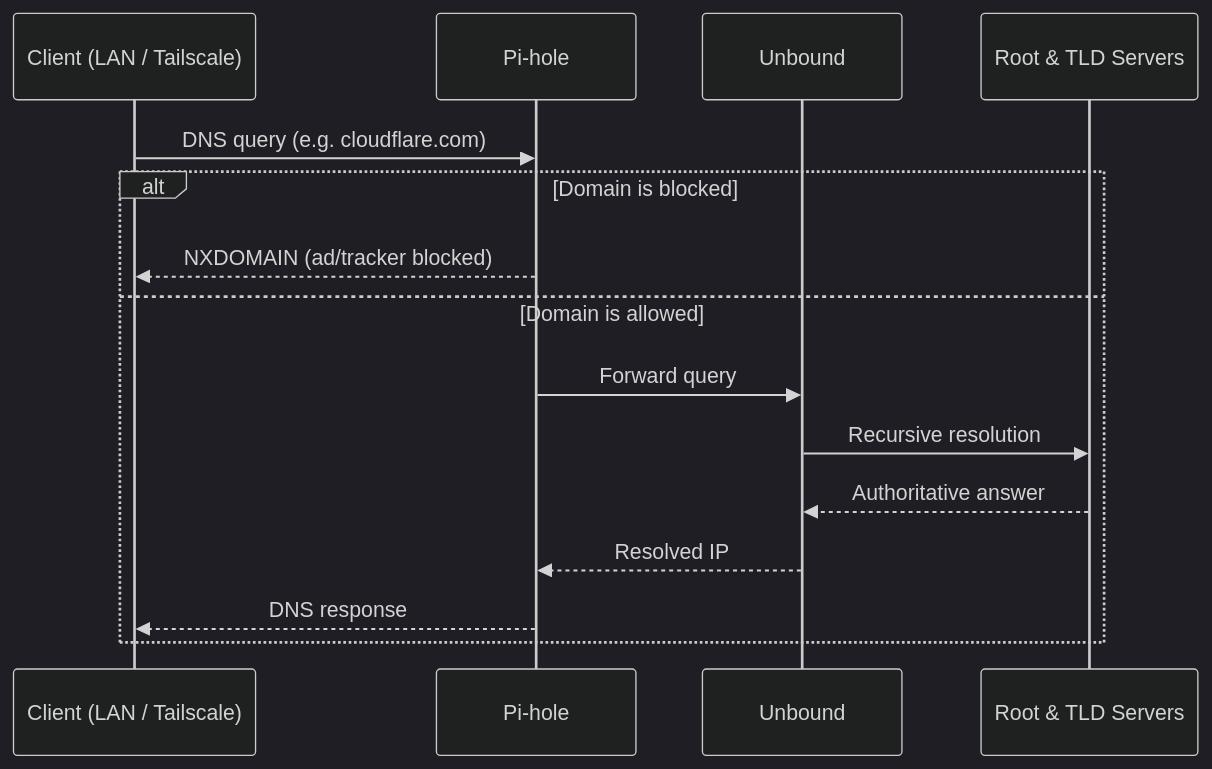
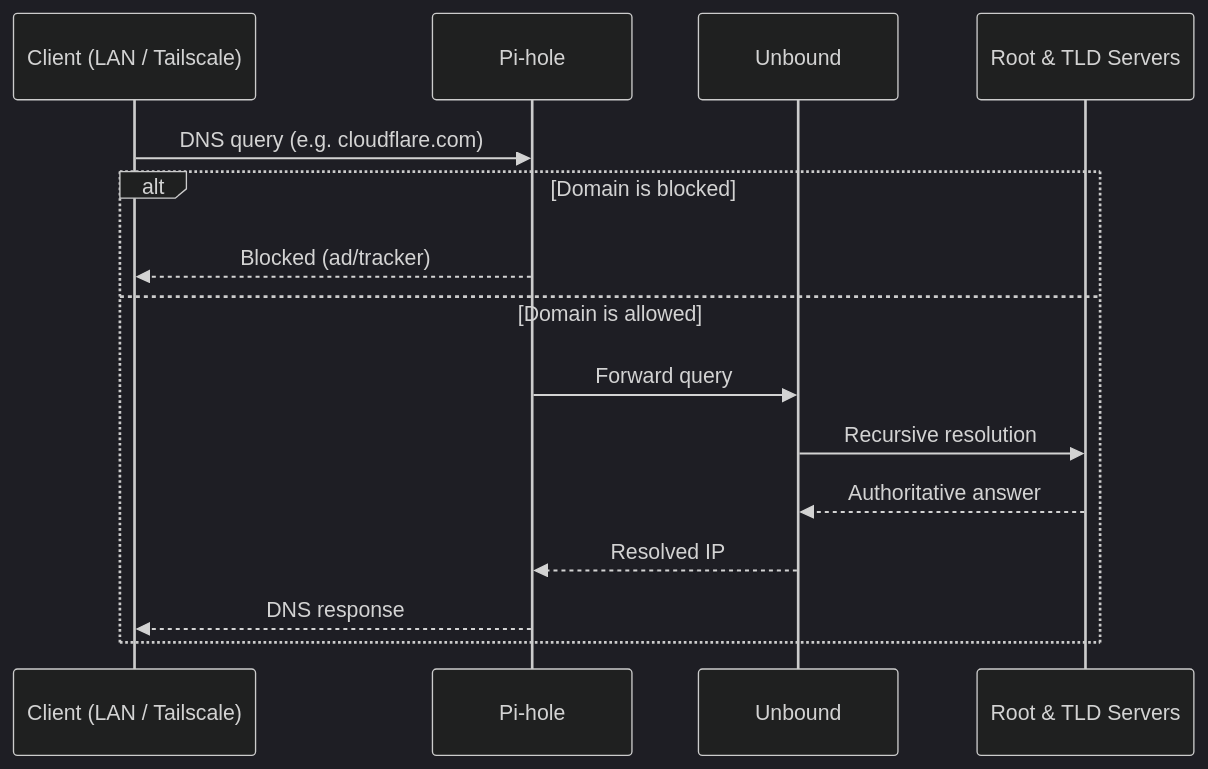
Before and after one commit to florianajir/pi-web: the diagram in docs/NETWORKING.md, drawn with Mermaid (dark theme). The commit also changed other lines of this file and 13 other files, not shown here.

````diff
--- a/docs/NETWORKING.md
+++ b/docs/NETWORKING.md
@@ -9,18 +7,18 @@
 ```mermaid
 sequenceDiagram
     participant C as Client (LAN / Tailscale)
     participant P as Pi-hole
     participant U as Unbound
     participant R as Root & TLD Servers
 
     C->>P: DNS query (e.g. cloudflare.com)
     alt Domain is blocked
-        P-->>C: NXDOMAIN (ad/tracker blocked)
+        P-->>C: Blocked (ad/tracker)
     else Domain is allowed
         P->>U: Forward query
         U->>R: Recursive resolution
         R-->>U: Authoritative answer
         U-->>P: Resolved IP
         P-->>C: DNS response
     end
 ```
````
